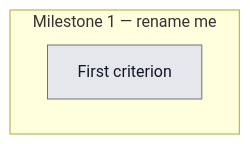
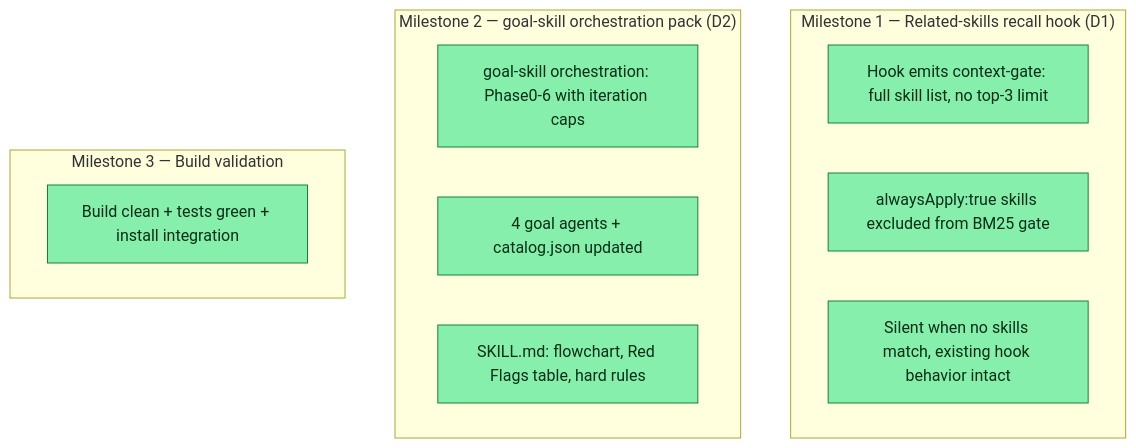
Before and after one commit to meanllbrl/dreamcontext: the diagram in _dream_context/state/goal-skill-and-related-skills-recall.md, drawn with Mermaid. The commit also changed other lines of this file and 19 other files, not shown here.

````diff
--- a/_dream_context/state/goal-skill-and-related-skills-recall.md
+++ b/_dream_context/state/goal-skill-and-related-skills-recall.md
@@ -27,11 +27,21 @@
 ```mermaid
 flowchart TD
-  subgraph M1 ["Milestone 1 — rename me"]
-    A1[First criterion]:::todo
+  subgraph M1 ["Milestone 1 — Related-skills recall hook (D1)"]
+    A1[Hook emits context-gate: full skill list, no top-3 limit]:::done
+    A2[alwaysApply:true skills excluded from BM25 gate]:::done
+    A3[Silent when no skills match, existing hook behavior intact]:::done
+  end
+  subgraph M2 ["Milestone 2 — goal-skill orchestration pack (D2)"]
+    B1[goal-skill orchestration: Phase0-6 with iteration caps]:::done
+    B2[4 goal agents + catalog.json updated]:::done
+    B3[SKILL.md: flowchart, Red Flags table, hard rules]:::done
+  end
+  subgraph M3 ["Milestone 3 — Build validation"]
+    C1[Build clean + tests green + install integration]:::done
   end
 
   classDef done fill:#86efac,stroke:#15803d,color:#052e16
   classDef active fill:#fde68a,stroke:#b45309,color:#451a03
   classDef todo fill:#e5e7eb,stroke:#6b7280,color:#111827
   classDef blocked fill:#fecaca,stroke:#b91c1c,color:#450a0a
 ```
````
